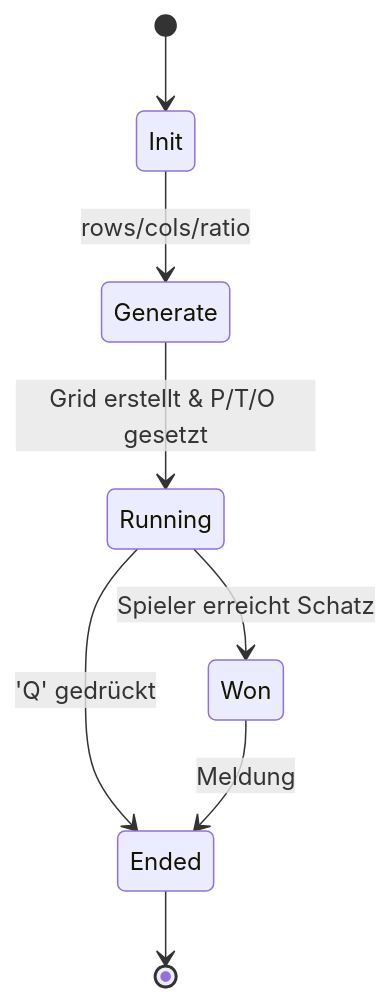
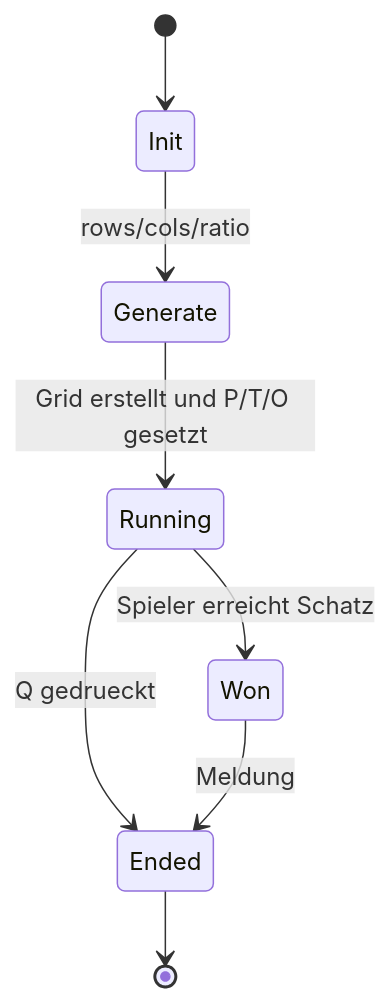
One commit to SalihSan54/PROT-B changed the fourth of 6 diagrams in Labyrinth/docs/diagramme.md. Above: the diagram before and after it, drawn with Mermaid. The commit also changed other lines of this file, not shown here.

Commit message:
Docs: Diagramme aktualisiert

````diff
--- a/Labyrinth/docs/diagramme.md
+++ b/Labyrinth/docs/diagramme.md
@@ -90,10 +77,10 @@
 ```mermaid
 stateDiagram-v2
   [*] --> Init
   Init --> Generate : rows/cols/ratio
-  Generate --> Running : Grid erstellt & P/T/O gesetzt
+  Generate --> Running : Grid erstellt und P/T/O gesetzt
   Running --> Won : Spieler erreicht Schatz
-  Running --> Ended : 'Q' gedrückt
+  Running --> Ended : Q gedrueckt
   Won --> Ended : Meldung
   Ended --> [*]
 ```
````
